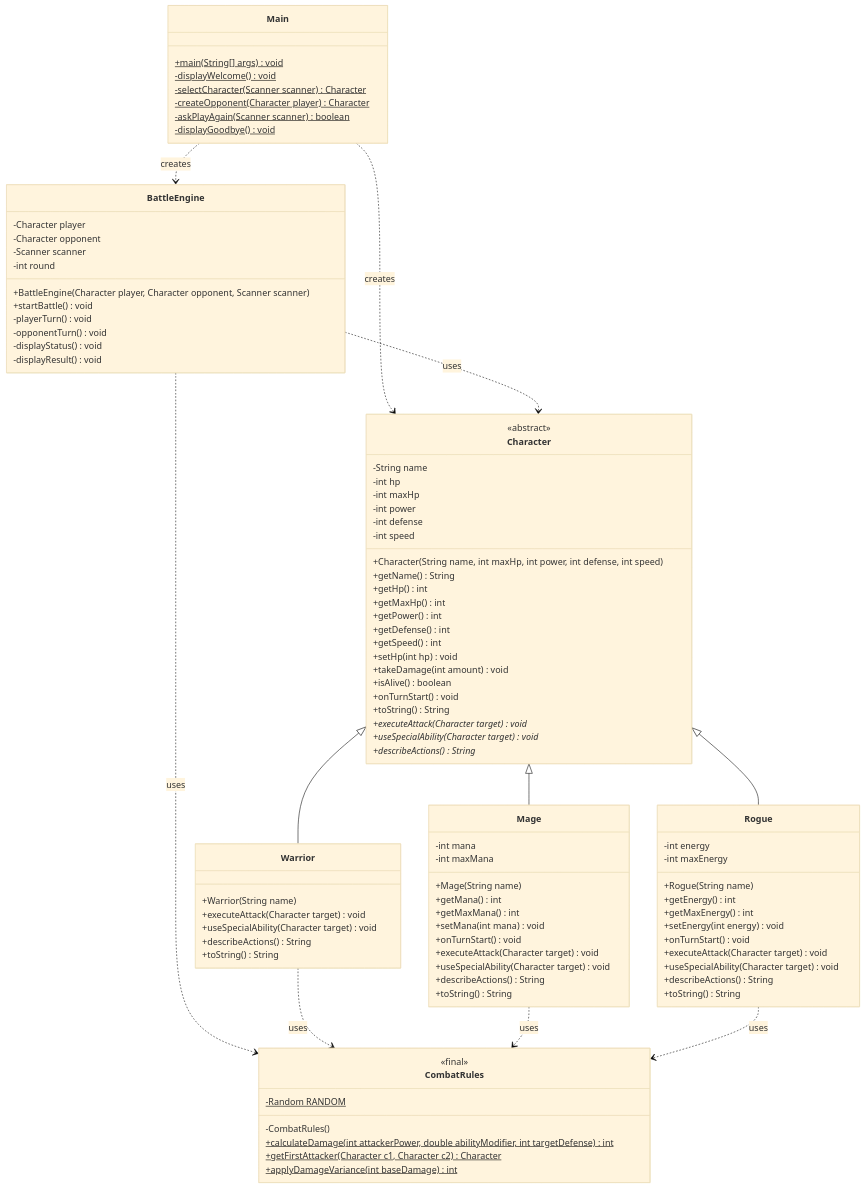
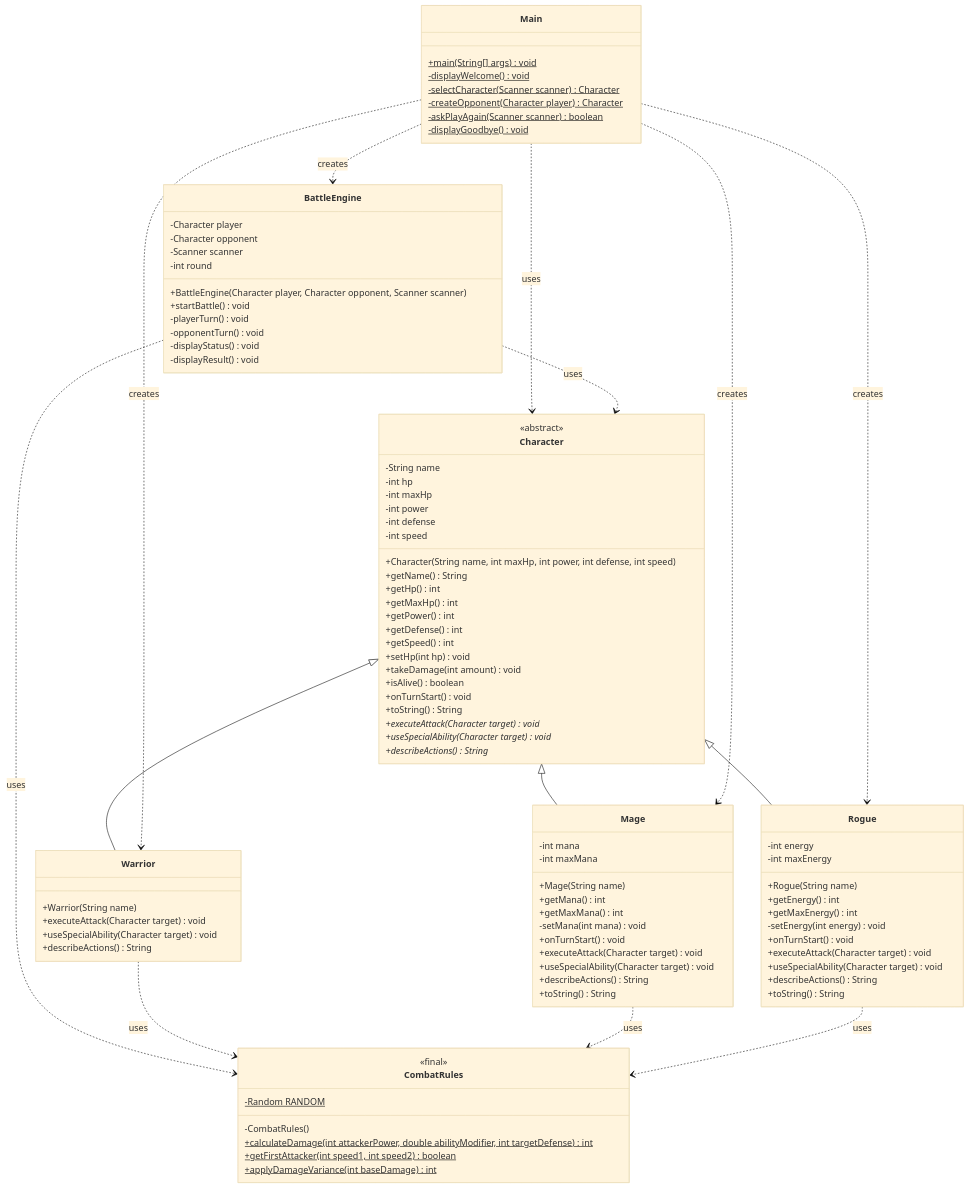
The diagram in README.md (Bilaljanir/JavaGame), drawn with Mermaid (base theme) before and after one commit. The commit also changed other lines of this file, not shown here.

Commit message:
docs: fix class diagram after review

```diff
--- a/README.md
+++ b/README.md
@@ -77,7 +77,6 @@
         +executeAttack(Character target) void
         +useSpecialAbility(Character target) void
         +describeActions() String
-        +toString() String
     }
 
     class Mage {
@@ -86,7 +85,7 @@
         +Mage(String name)
         +getMana() int
         +getMaxMana() int
-        +setMana(int mana) void
+        -setMana(int mana) void
         +onTurnStart() void
         +executeAttack(Character target) void
         +useSpecialAbility(Character target) void
@@ -100,7 +99,7 @@
         +Rogue(String name)
         +getEnergy() int
         +getMaxEnergy() int
-        +setEnergy(int energy) void
+        -setEnergy(int energy) void
         +onTurnStart() void
         +executeAttack(Character target) void
         +useSpecialAbility(Character target) void
@@ -113,7 +112,7 @@
         -Random RANDOM$
         -CombatRules()
         +calculateDamage(int attackerPower, double abilityModifier, int targetDefense)$ int
-        +getFirstAttacker(Character c1, Character c2)$ Character
+        +getFirstAttacker(int speed1, int speed2)$ boolean
         +applyDamageVariance(int baseDamage)$ int
     }
 
@@ -122,7 +121,10 @@
     Character <|-- Rogue
 
     Main ..> BattleEngine : creates
-    Main ..> Character : creates
+    Main ..> Warrior : creates
+    Main ..> Mage : creates
+    Main ..> Rogue : creates
+    Main ..> Character : uses
     BattleEngine ..> Character : uses
     BattleEngine ..> CombatRules : uses
     Warrior ..> CombatRules : uses
```
